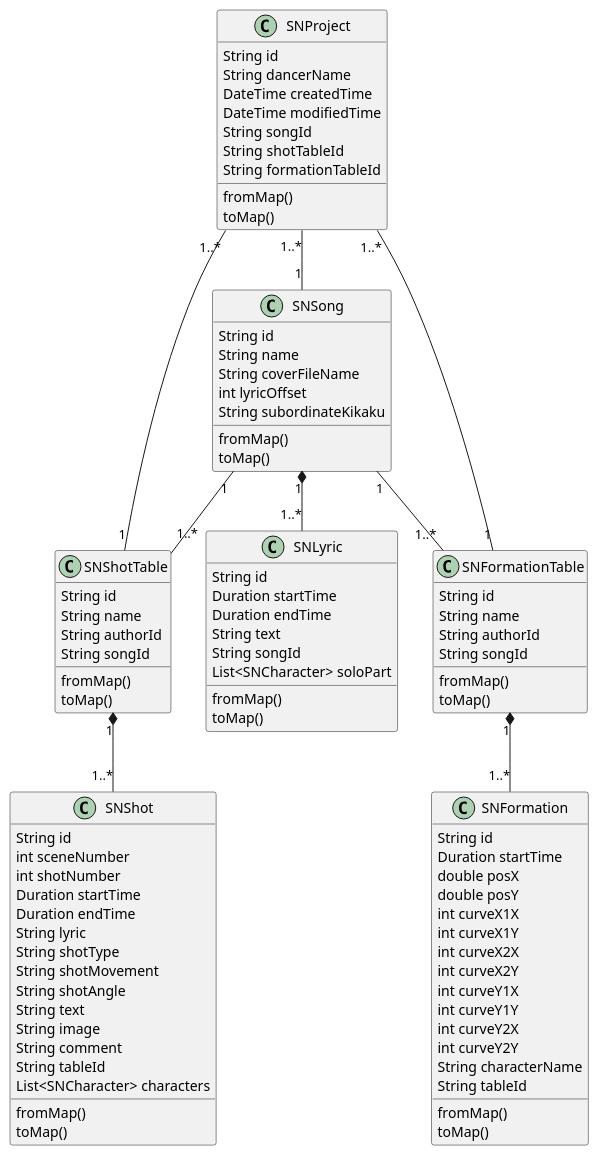
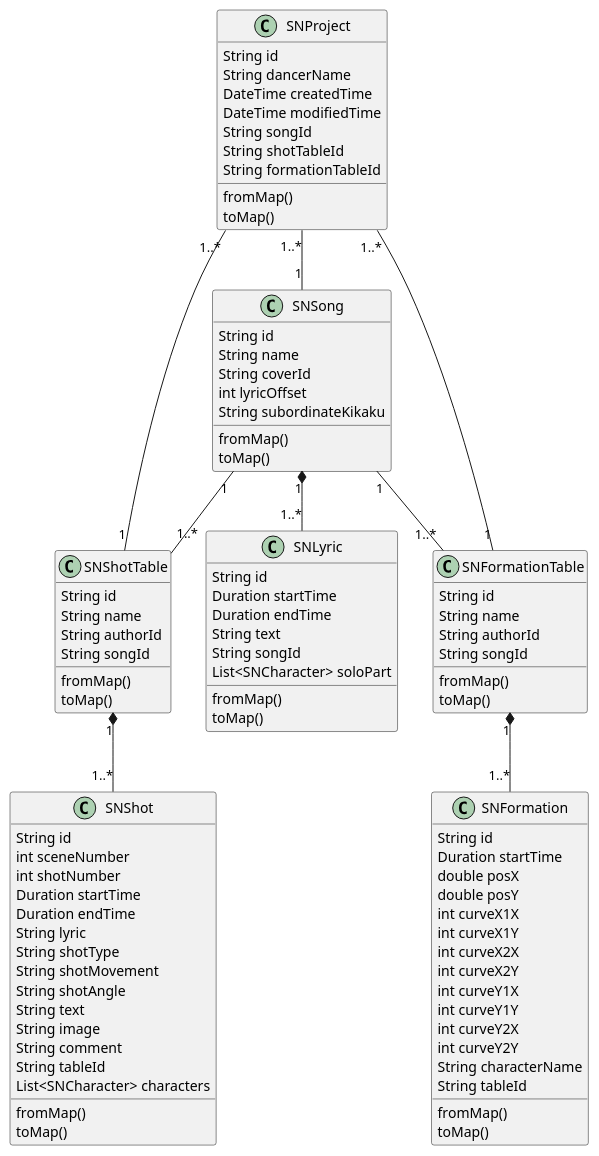
The second of 3 diagrams in flutter_module/documents/requirement.md (amamiseiya/shonichi_Flutter), drawn with PlantUML before and after one commit. The commit also changed 104 other files, not shown here.

```diff
--- a/flutter_module/documents/requirement.md
+++ b/flutter_module/documents/requirement.md
@@ -68,7 +68,7 @@
 
     String id
     String name
-    String coverFileName
+    String coverId
     int lyricOffset
     String subordinateKikaku
     fromMap()
```
